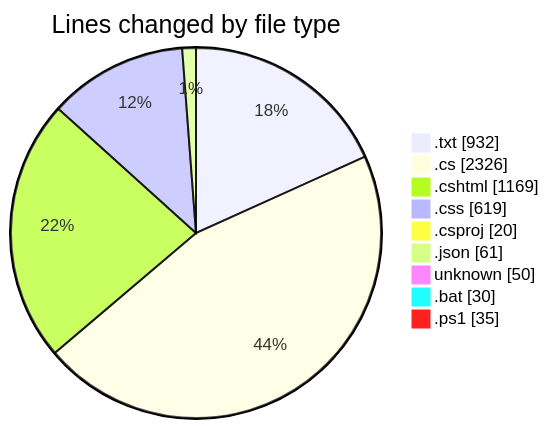
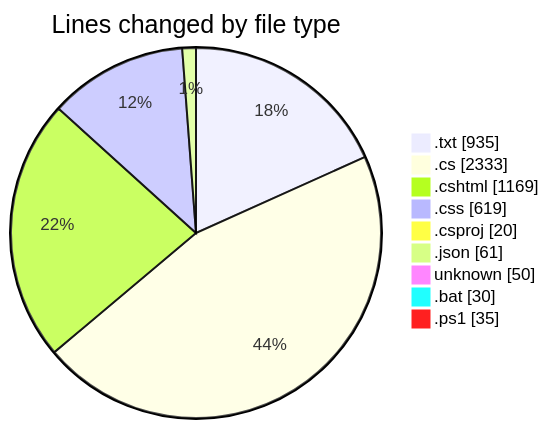
The first of 2 diagrams in 2025-07-26/quanlyrapchieuphim-1/README.md (lephambinh05/code-tracking), drawn with Mermaid before and after one commit. The commit also changed other lines of this file and 1 other file, not shown here.

````diff
--- a/2025-07-26/quanlyrapchieuphim-1/README.md
+++ b/2025-07-26/quanlyrapchieuphim-1/README.md
@@ -37,13 +37,13 @@
 ```mermaid
 pie showData
 title Lines changed by file type
-".txt" : 932
-".cs" : 2326
+".txt" : 935
+".cs" : 2333
 ".cshtml" : 1169
 ".css" : 619
 ".csproj" : 20
 ".json" : 61
 "unknown" : 50
 ".bat" : 30
 ".ps1" : 35
 ```
````
